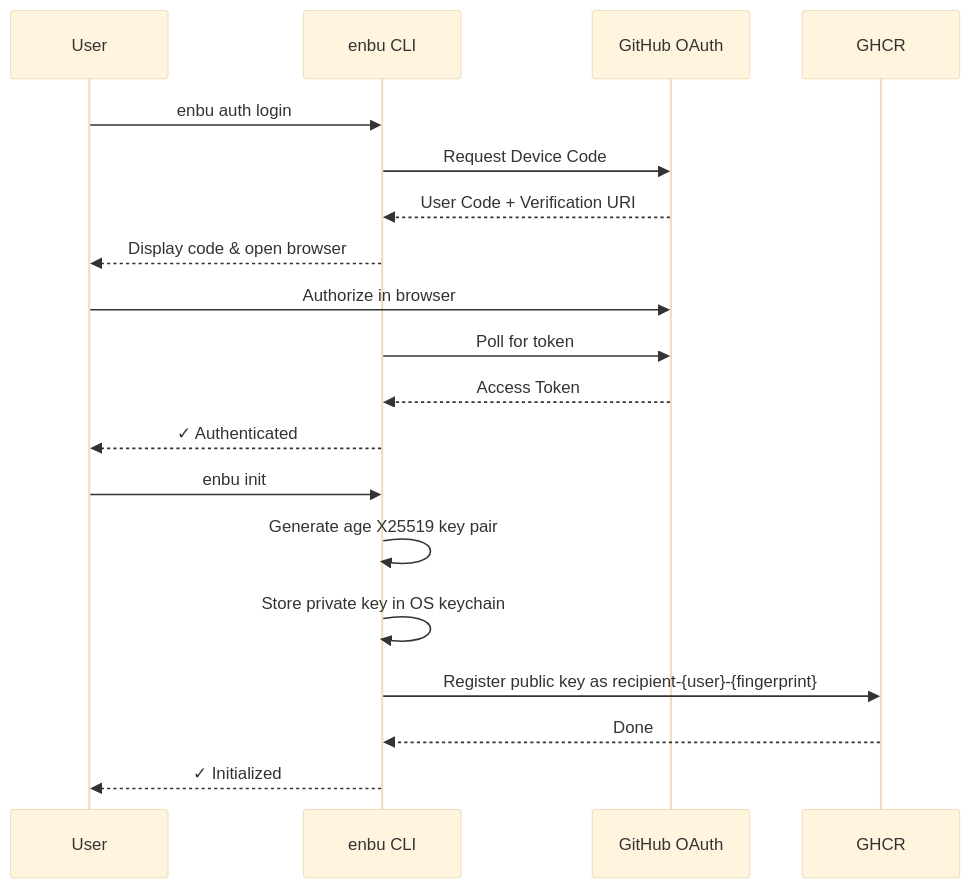
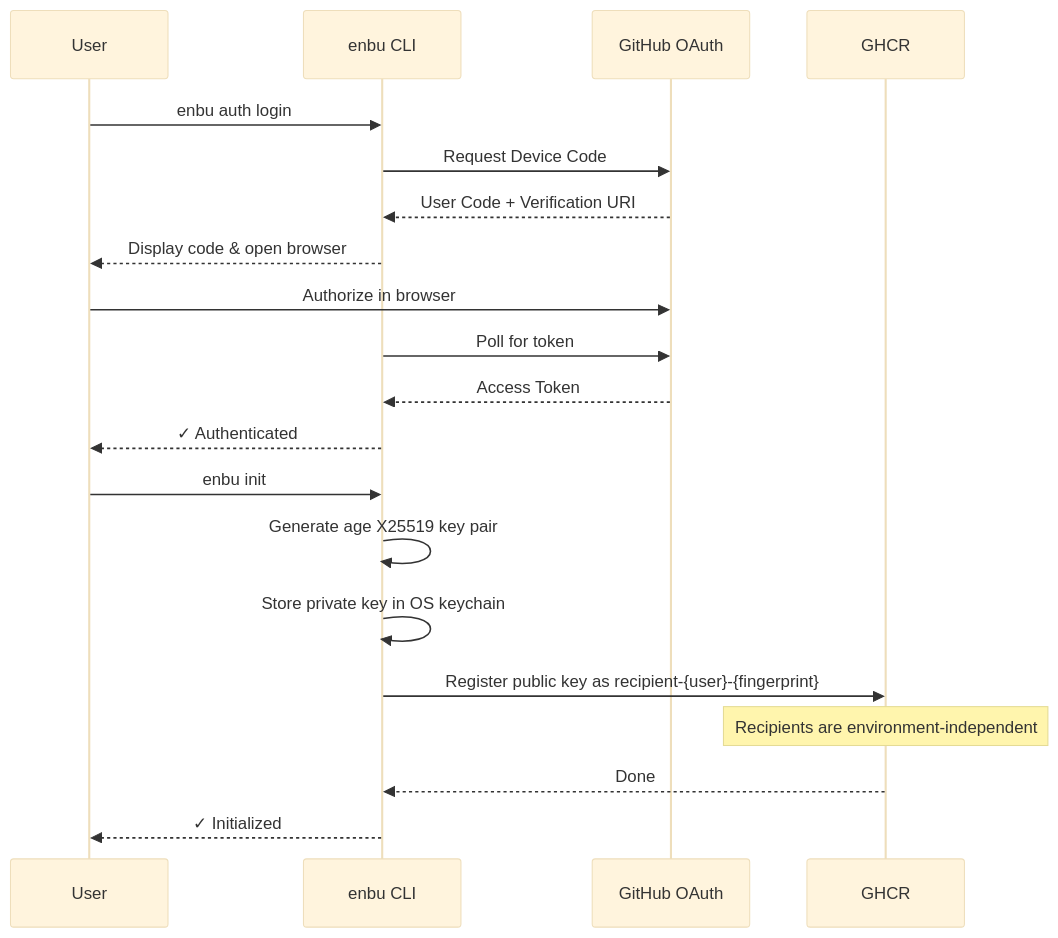
Before and after one commit to yashikota/enbu: the first of 3 diagrams in README.md, drawn with Mermaid (base theme). The commit also changed other lines of this file and 20 other files, not shown here.

````diff
--- a/README.md
+++ b/README.md
@@ -123,23 +158,24 @@
 ```mermaid
 sequenceDiagram
     participant User
     participant CLI as enbu CLI
     participant GitHub as GitHub OAuth
     participant GHCR
 
     User->>CLI: enbu auth login
     CLI->>GitHub: Request Device Code
     GitHub-->>CLI: User Code + Verification URI
     CLI-->>User: Display code & open browser
     User->>GitHub: Authorize in browser
     CLI->>GitHub: Poll for token
     GitHub-->>CLI: Access Token
     CLI-->>User: ✓ Authenticated
 
     User->>CLI: enbu init
     CLI->>CLI: Generate age X25519 key pair
     CLI->>CLI: Store private key in OS keychain
     CLI->>GHCR: Register public key as recipient-{user}-{fingerprint}
+    Note over GHCR: Recipients are environment-independent
     GHCR-->>CLI: Done
     CLI-->>User: ✓ Initialized
 ```
````
